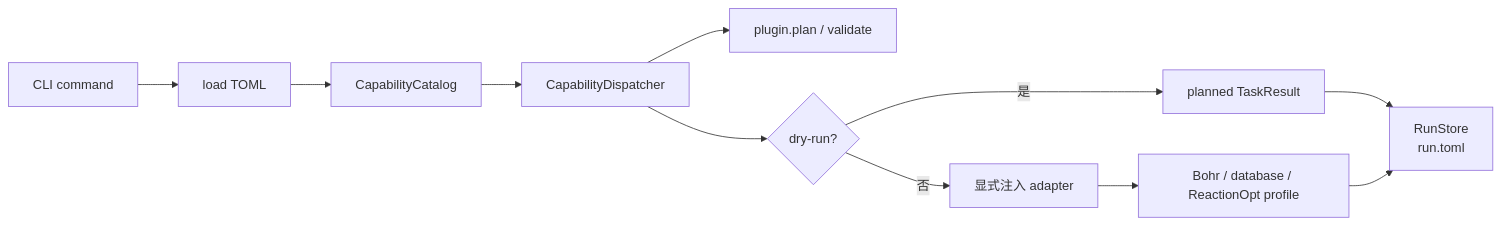
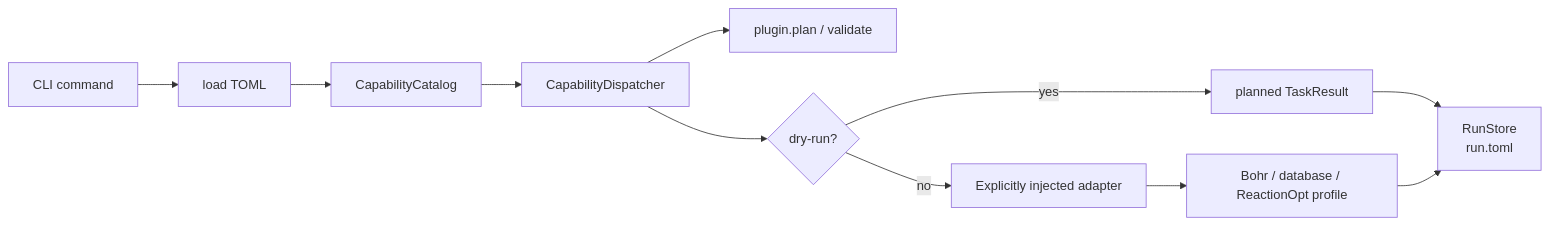
One commit to gentle1999/TriCycle changed the diagram in apps/tricycle-agent/README.md. Above: the diagram before and after it, drawn with Mermaid. The commit also changed other lines of this file and 158 other files, not shown here.

````diff
--- a/apps/tricycle-agent/README.md
+++ b/apps/tricycle-agent/README.md
@@ -94,13 +78,13 @@
 ```mermaid
 flowchart LR
     T["CLI command"] --> L["load TOML"]
     L --> C["CapabilityCatalog"]
     C --> D["CapabilityDispatcher"]
     D --> P["plugin.plan / validate"]
     D --> E{"dry-run?"}
-    E -->|是| R["planned TaskResult"]
-    E -->|否| A["显式注入 adapter"]
+    E -->|yes| R["planned TaskResult"]
+    E -->|no| A["Explicitly injected adapter"]
     A --> X["Bohr / database / ReactionOpt profile"]
     R --> S["RunStore\nrun.toml"]
     X --> S
 ```
````
